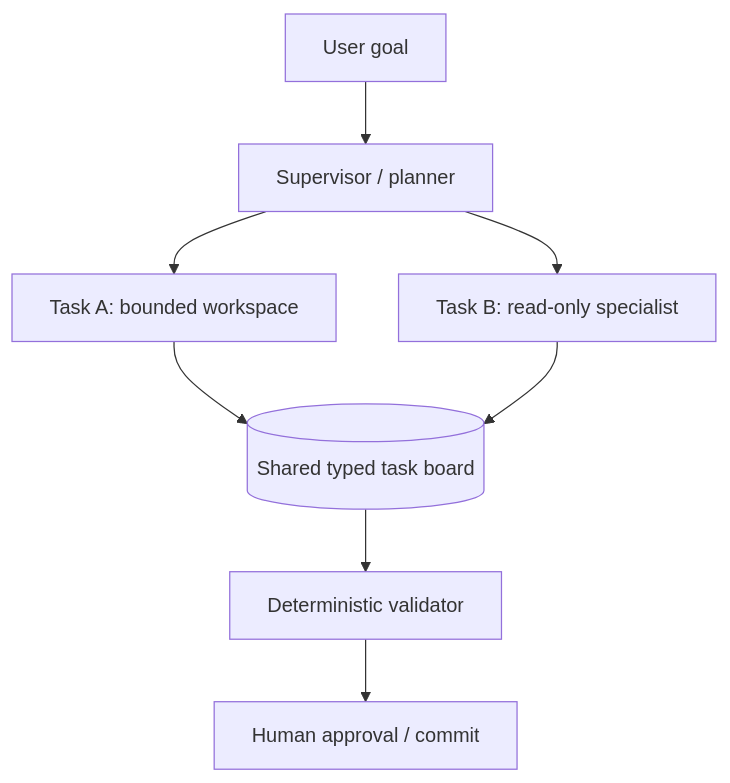
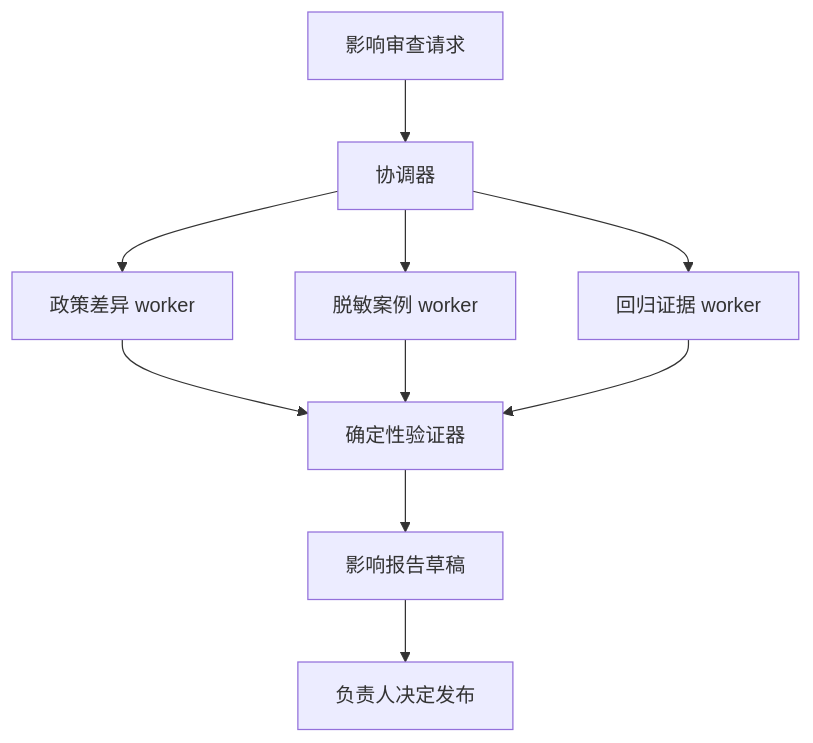
The diagram in docs/advanced/ai/06-multi-agent.md (007M7/learning007), drawn with Mermaid before and after one commit. The commit also changed other lines of this file and 90 other files, not shown here.

````diff
--- a/docs/advanced/ai/06-multi-agent.md
+++ b/docs/advanced/ai/06-multi-agent.md
@@ -23,10 +34,12 @@
 ```mermaid
 flowchart TD
-  U[User goal] --> S[Supervisor / planner]
-  S --> T1[Task A: bounded workspace]
-  S --> T2[Task B: read-only specialist]
-  T1 --> B[(Shared typed task board)]
-  T2 --> B
-  B --> V[Deterministic validator]
-  V --> H[Human approval / commit]
+  U[影响审查请求] --> O[协调器]
+  O --> P[政策差异 worker]
+  O --> C[脱敏案例 worker]
+  O --> E[回归证据 worker]
+  P --> V[确定性验证器]
+  C --> V
+  E --> V
+  V --> M[影响报告草稿]
+  M --> H[负责人决定发布]
 ```
````
